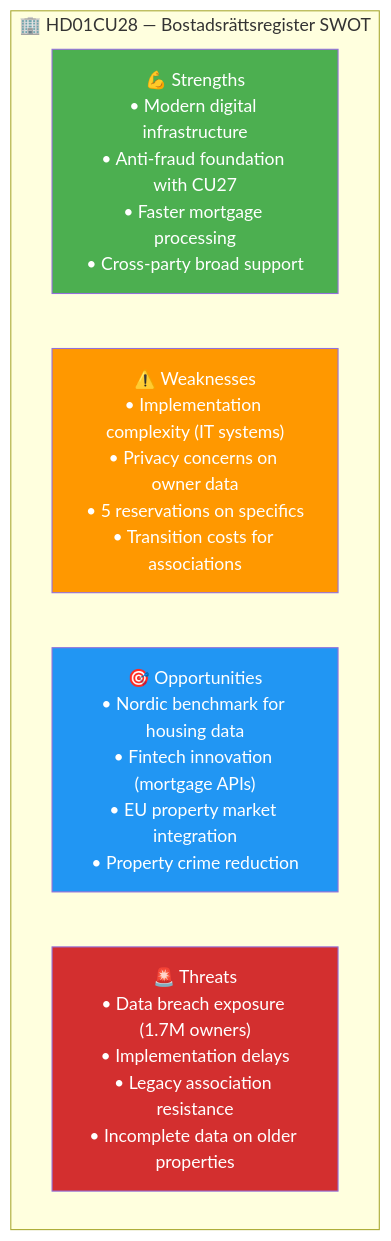
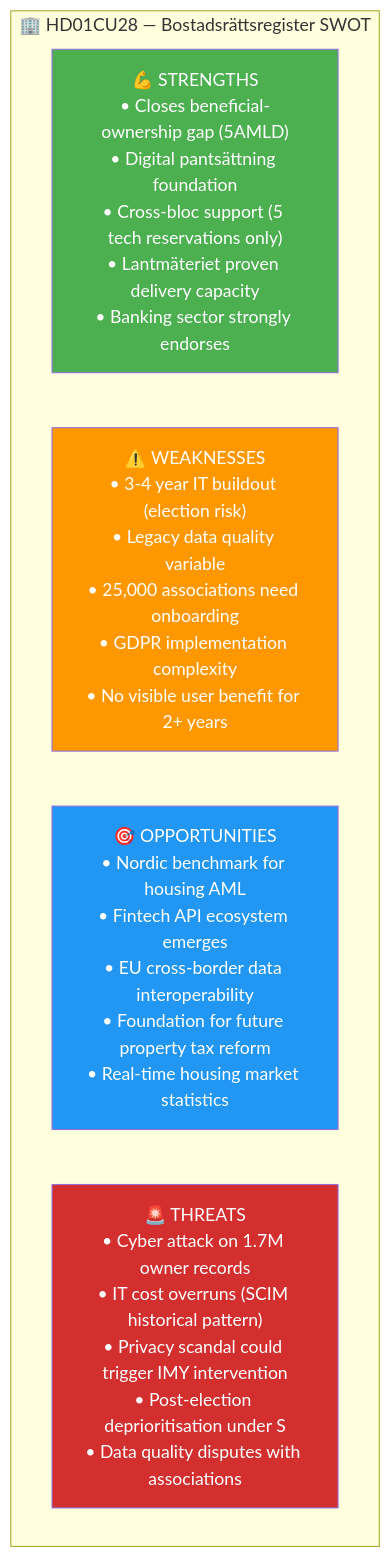
Before and after one commit to Hack23/riksdagsmonitor: the third of 3 diagrams in analysis/daily/2026-04-20/committeeReports/documents/HD01CU28-analysis.md, drawn with Mermaid. The commit also changed other lines of this file and 3 other files, not shown here.

````diff
--- a/analysis/daily/2026-04-20/committeeReports/documents/HD01CU28-analysis.md
+++ b/analysis/daily/2026-04-20/committeeReports/documents/HD01CU28-analysis.md
@@ -57,13 +177,13 @@
 ```mermaid
 graph TD
     subgraph "🏢 HD01CU28 — Bostadsrättsregister SWOT"
-        S["💪 Strengths<br/>• Modern digital infrastructure<br/>• Anti-fraud foundation with CU27<br/>• Faster mortgage processing<br/>• Cross-party broad support"]
-        W["⚠️ Weaknesses<br/>• Implementation complexity (IT systems)<br/>• Privacy concerns on owner data<br/>• 5 reservations on specifics<br/>• Transition costs for associations"]
-        O["🎯 Opportunities<br/>• Nordic benchmark for housing data<br/>• Fintech innovation (mortgage APIs)<br/>• EU property market integration<br/>• Property crime reduction"]
-        T["🚨 Threats<br/>• Data breach exposure (1.7M owners)<br/>• Implementation delays<br/>• Legacy association resistance<br/>• Incomplete data on older properties"]
+        S["💪 STRENGTHS<br/>• Closes beneficial-ownership gap (5AMLD)<br/>• Digital pantsättning foundation<br/>• Cross-bloc support (5 tech reservations only)<br/>• Lantmäteriet proven delivery capacity<br/>• Banking sector strongly endorses"]
+        W["⚠️ WEAKNESSES<br/>• 3-4 year IT buildout (election risk)<br/>• Legacy data quality variable<br/>• 25,000 associations need onboarding<br/>• GDPR implementation complexity<br/>• No visible user benefit for 2+ years"]
+        O["🎯 OPPORTUNITIES<br/>• Nordic benchmark for housing AML<br/>• Fintech API ecosystem emerges<br/>• EU cross-border data interoperability<br/>• Foundation for future property tax reform<br/>• Real-time housing market statistics"]
+        T["🚨 THREATS<br/>• Cyber attack on 1.7M owner records<br/>• IT cost overruns (SCIM historical pattern)<br/>• Privacy scandal could trigger IMY intervention<br/>• Post-election deprioritisation under S<br/>• Data quality disputes with associations"]
     end
     style S fill:#4CAF50,color:#fff
     style W fill:#FF9800,color:#fff
     style O fill:#2196F3,color:#fff
     style T fill:#D32F2F,color:#fff
 ```
````
